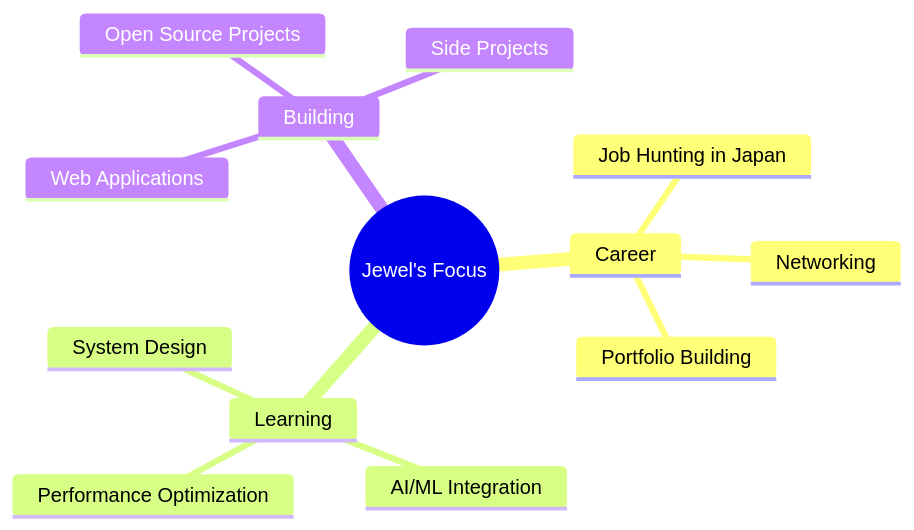
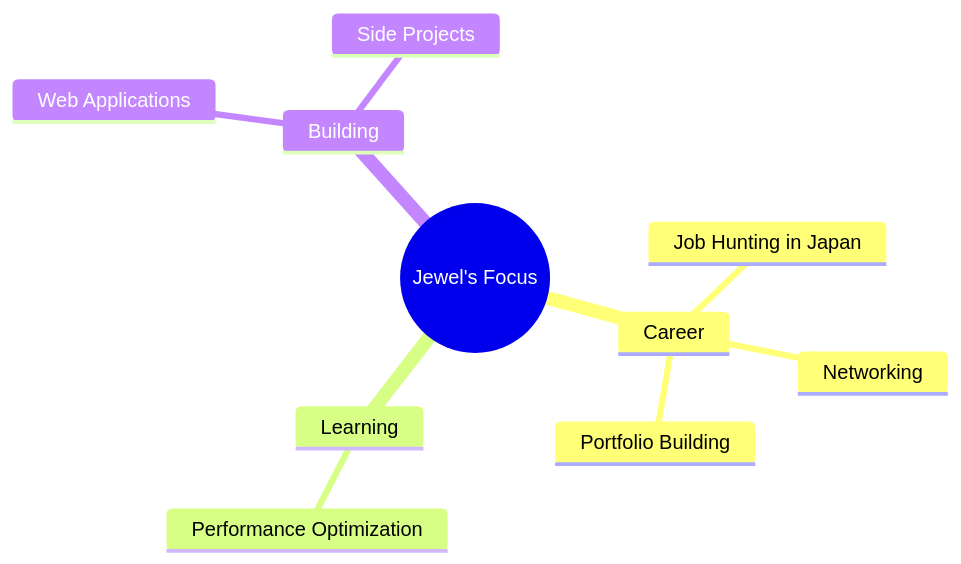
One commit to Sahajewel/Sahajewel changed the diagram in README.md. Above: the diagram before and after it, drawn with Mermaid.

````diff
--- a/README.md
+++ b/README.md
@@ -49,16 +49,16 @@
 ```mermaid
 mindmap
   root((Jewel's Focus))
     Career
       Job Hunting in Japan
       Networking
       Portfolio Building
     Learning
-      System Design
-      AI/ML Integration
+     
+    
       Performance Optimization
     Building
       Web Applications
-      Open Source Projects
+    
       Side Projects
 ```
````
